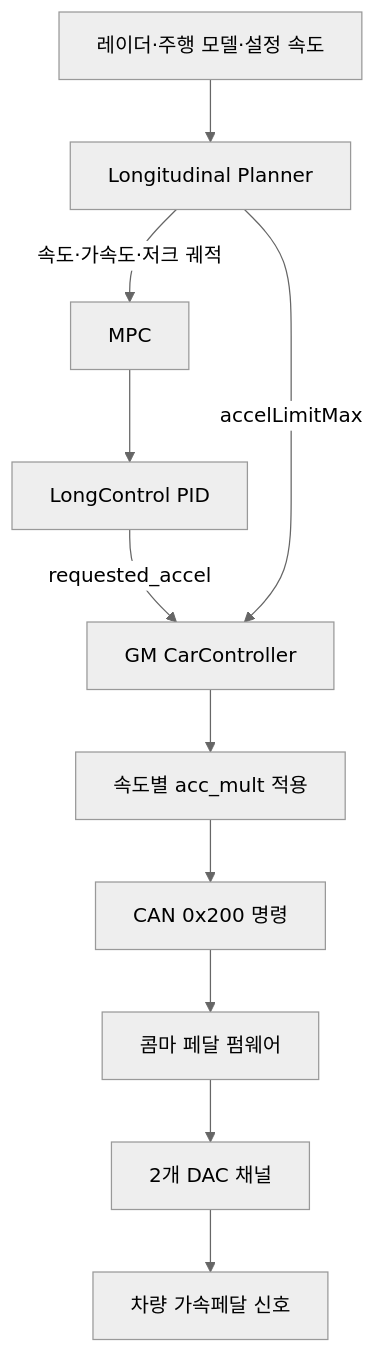
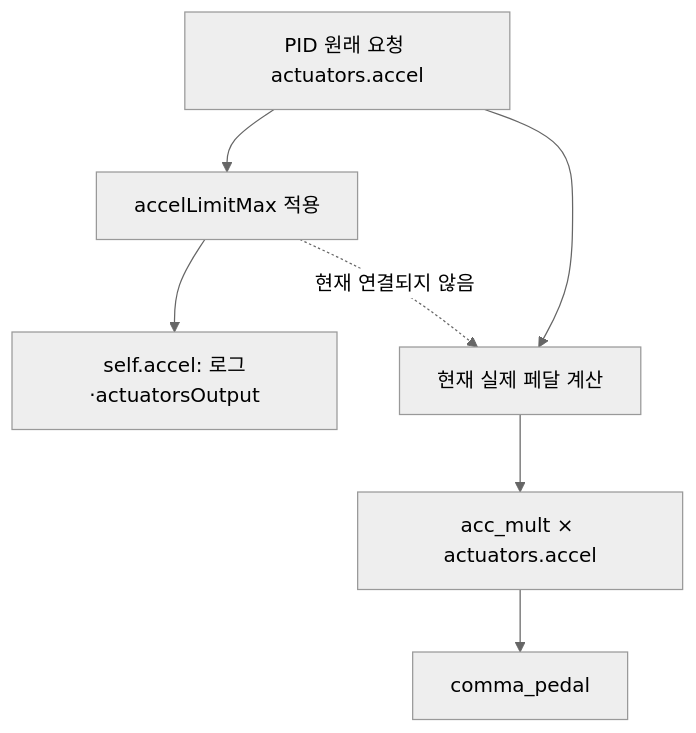
The fourth of 6 diagrams in docs/comma_pedal.md (parksunkyu81/equinox-0.8.14-origin), drawn with Mermaid (neutral theme) before and after one commit. The commit also changed other lines of this file and 6 other files, not shown here.

````diff
--- a/docs/comma_pedal.md
+++ b/docs/comma_pedal.md
@@ -32,13 +201,10 @@
 ```mermaid
 flowchart TD
-  A["레이더·주행 모델·설정 속도"] --> B["Longitudinal Planner"]
-  B -->|속도·가속도·저크 궤적| C["MPC"]
-  C --> D["LongControl PID"]
-  D -->|requested_accel| E["GM CarController"]
-  B -->|accelLimitMax| E
-  E --> F["속도별 acc_mult 적용"]
-  F --> G["CAN 0x200 명령"]
-  G --> H["콤마 페달 펌웨어"]
-  H --> I["2개 DAC 채널"]
-  I --> J["차량 가속페달 신호"]
+  A["PID 원래 요청 actuators.accel"] --> B["accelLimitMax 적용"]
+  B --> C["self.accel: 로그·actuatorsOutput"]
+  A --> D["현재 실제 페달 계산"]
+  D --> E["acc_mult × actuators.accel"]
+  E --> F["comma_pedal"]
+
+  B -. "현재 연결되지 않음" .-> D
 ```
````
